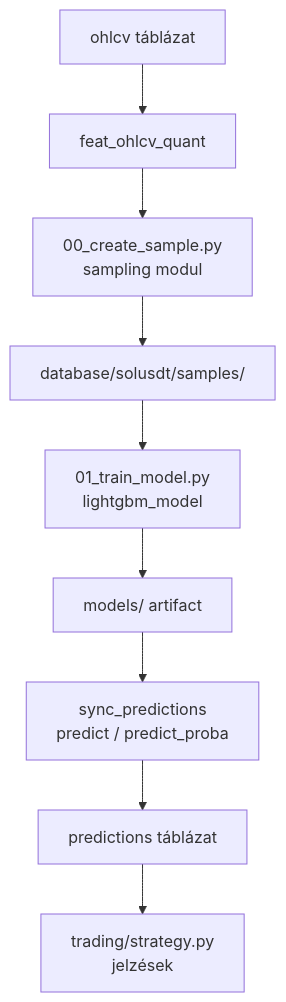
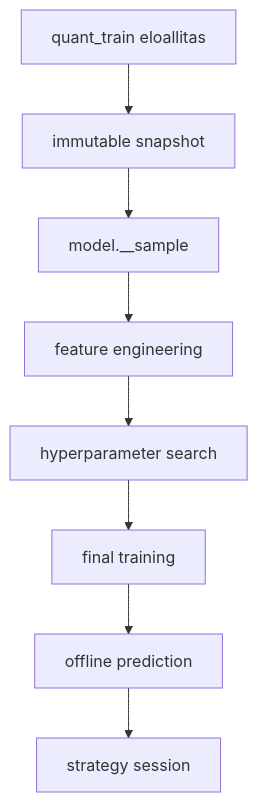
Before and after one commit to Nemesis14/chronoquant: the diagram in _doc_/methodology_doc/5000_modelling.md, drawn with Mermaid. The commit also changed other lines of this file and 170 other files, not shown here.

````diff
--- a/_doc_/methodology_doc/5000_modelling.md
+++ b/_doc_/methodology_doc/5000_modelling.md
@@ -14,11 +10,13 @@
 ```mermaid
 flowchart TD
-  A[ohlcv táblázat] --> B[feat_ohlcv_quant]
-  B --> C[00_create_sample.py\nsampling modul]
-  C --> D[database/solusdt/samples/]
-  D --> E[01_train_model.py\nlightgbm_model]
-  E --> F[models/ artifact]
-  F --> G[sync_predictions\npredict / predict_proba]
-  G --> H[predictions táblázat]
-  H --> I[trading/strategy.py\njelzések]
+  QT[quant_train eloallitas]
+  SNAP[immutable snapshot]
+  SAMPLE[model.__sample]
+  FE[feature engineering]
+  SEARCH[hyperparameter search]
+  TRAIN[final training]
+  PRED[offline prediction]
+  STRAT[strategy session]
+
+  QT --> SNAP --> SAMPLE --> FE --> SEARCH --> TRAIN --> PRED --> STRAT
 ```
````
